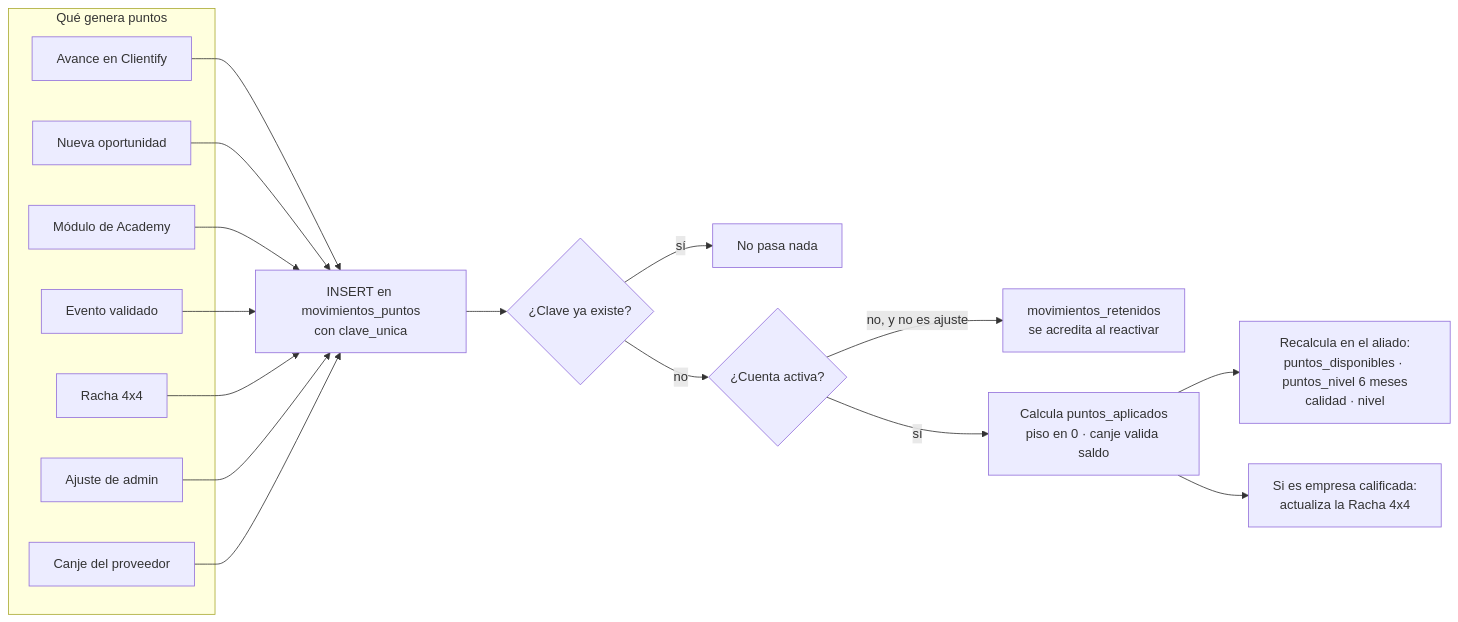
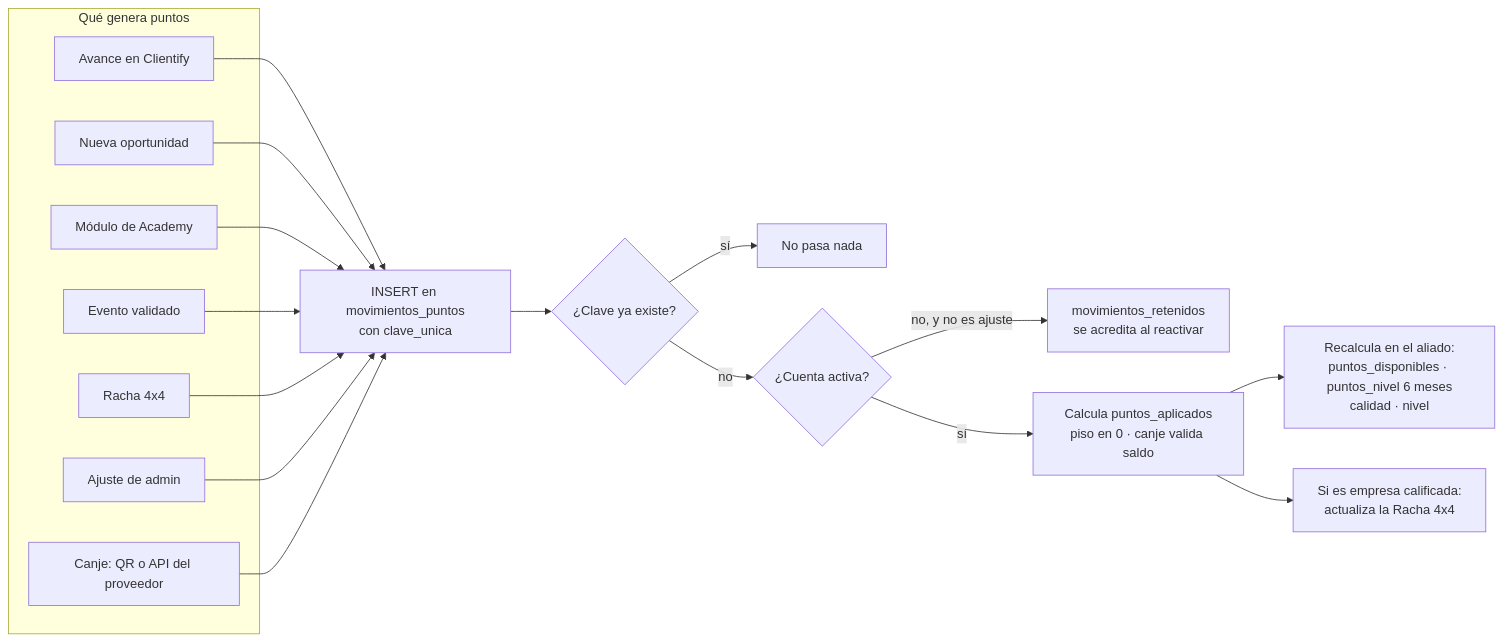
The fifth of 9 diagrams in docs/GUIA_HUB.md (jmanurodri04-glitch/Aliados-del-sol-hub), drawn with Mermaid before and after one commit. The commit also changed other lines of this file and 1 other file, not shown here.

````diff
--- a/docs/GUIA_HUB.md
+++ b/docs/GUIA_HUB.md
@@ -310,20 +313,20 @@
 ```mermaid
 flowchart LR
   subgraph Origenes[Qué genera puntos]
     O1[Avance en Clientify]
     O2[Nueva oportunidad]
     O3[Módulo de Academy]
     O4[Evento validado]
     O5[Racha 4x4]
     O6[Ajuste de admin]
-    O7[Canje del proveedor]
+    O7[Canje: QR o API del proveedor]
   end
   O1 & O2 & O3 & O4 & O5 & O6 & O7 --> INS[INSERT en movimientos_puntos<br/>con clave_unica]
   INS --> DUP{¿Clave ya existe?}
   DUP -->|sí| NADA[No pasa nada]
   DUP -->|no| EST{¿Cuenta activa?}
   EST -->|no, y no es ajuste| RET[movimientos_retenidos<br/>se acredita al reactivar]
   EST -->|sí| APL[Calcula puntos_aplicados<br/>piso en 0 · canje valida saldo]
   APL --> REC[Recalcula en el aliado:<br/>puntos_disponibles · puntos_nivel 6 meses<br/>calidad · nivel]
   APL --> RACHA[Si es empresa calificada:<br/>actualiza la Racha 4x4]
 ```
````
